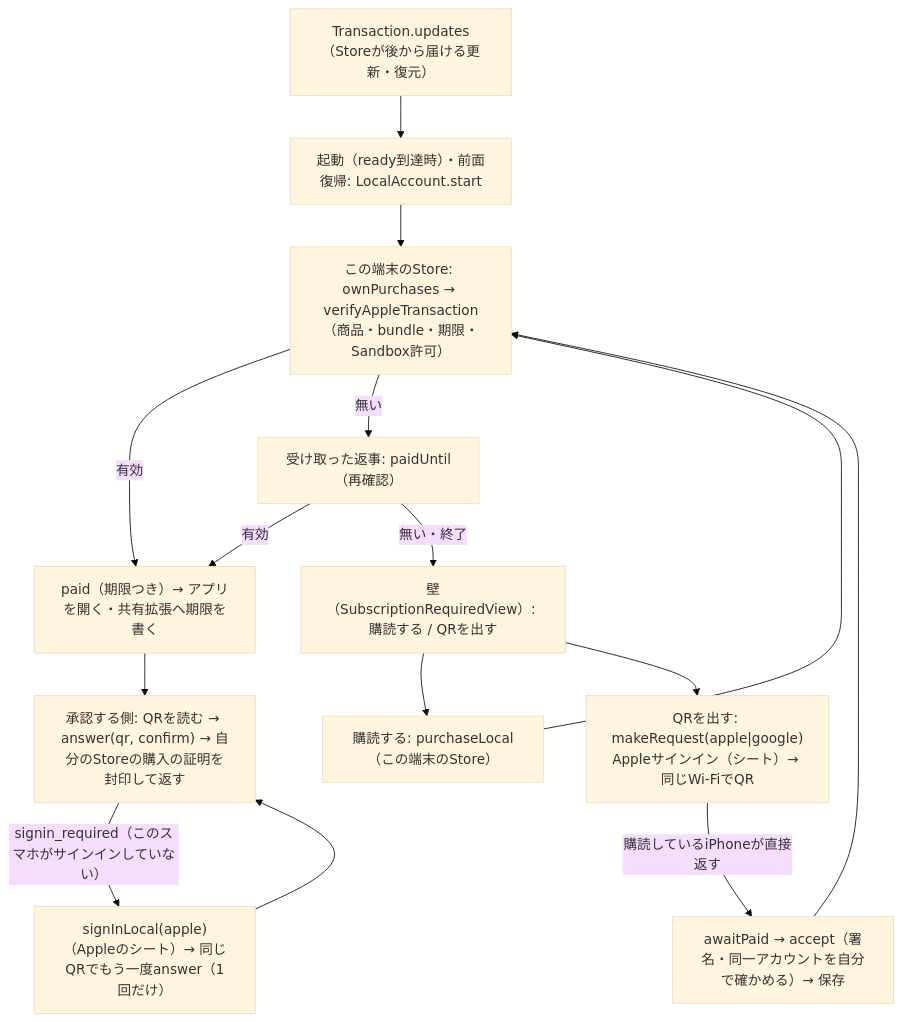
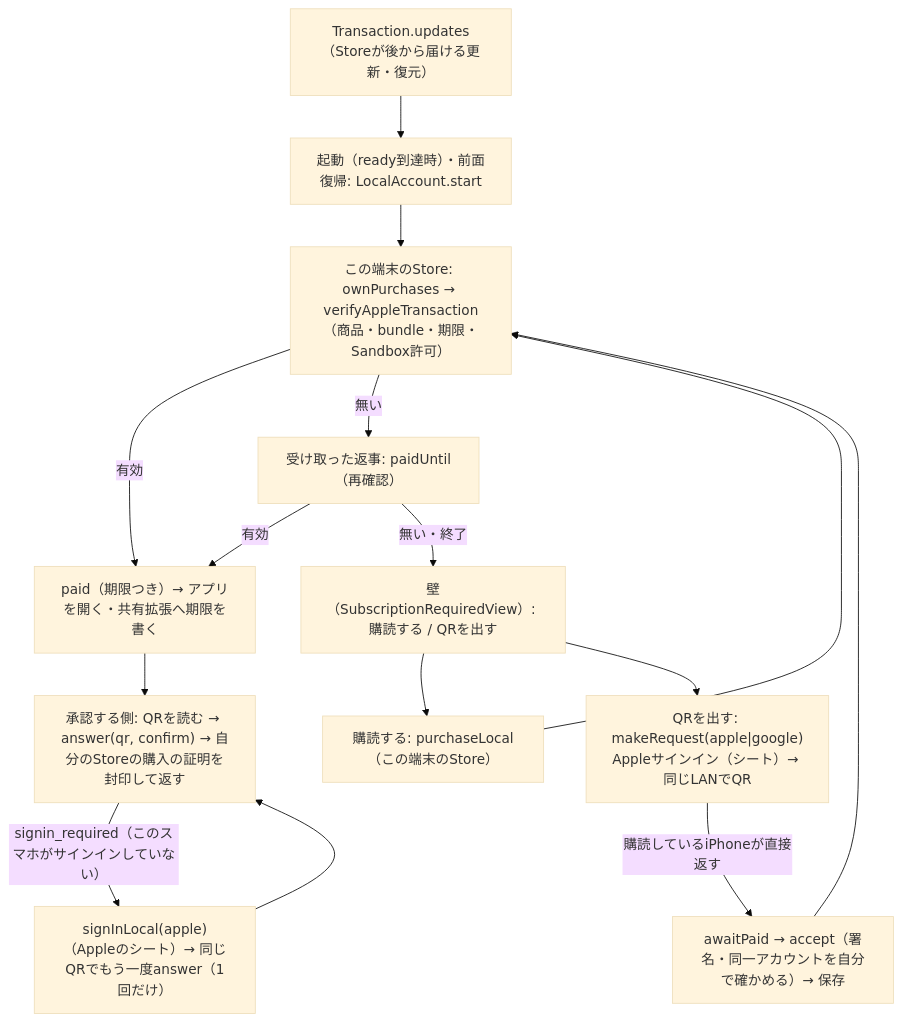
Before and after one commit to kitepon/BellTeam: the first of 2 diagrams in docs/architecture/modules/apple/login-billing.md, drawn with Mermaid (base theme). The commit also changed other lines of this file and 6 other files, not shown here.

Commit message:
Apple: local-form screens no longer say 「同じWi-Fi」; a wired PC on the same LAN qualifies (contract 11.12 guideline, lb0220-clients)

````diff
--- a/docs/architecture/modules/apple/login-billing.md
+++ b/docs/architecture/modules/apple/login-billing.md
@@ -21,16 +21,16 @@
 ```mermaid
 flowchart TD
   Updates["Transaction.updates（Storeが後から届ける更新・復元）"] --> Open
   Open["起動（ready到達時）・前面復帰: LocalAccount.start"] --> Own["この端末のStore: ownPurchases → verifyAppleTransaction<br/>（商品・bundle・期限・Sandbox許可）"]
   Own -->|有効| Paid["paid（期限つき）→ アプリを開く・共有拡張へ期限を書く"]
   Own -->|無い| Acc["受け取った返事: paidUntil（再確認）"]
   Acc -->|有効| Paid
   Acc -->|無い・終了| Wall["壁（SubscriptionRequiredView）: 購読する / QRを出す"]
   Wall --> Buy["購読する: purchaseLocal（この端末のStore）"] --> Own
-  Wall --> Req["QRを出す: makeRequest(apple|google)<br/>Appleサインイン（シート）→ 同じWi-FiでQR"]
+  Wall --> Req["QRを出す: makeRequest(apple|google)<br/>Appleサインイン（シート）→ 同じLANでQR"]
   Req -->|"購読しているiPhoneが直接返す"| Acc2["awaitPaid → accept（署名・同一アカウントを自分で確かめる）→ 保存"]
   Acc2 --> Own
   Paid --> Ap["承認する側: QRを読む → answer(qr, confirm) → 自分のStoreの購入の証明を封印して返す"]
   Ap -->|"signin_required（このスマホがサインインしていない）"| SI["signInLocal(apple)（Appleのシート）→ 同じQRでもう一度answer（1回だけ）"]
   SI --> Ap
 ```
````
